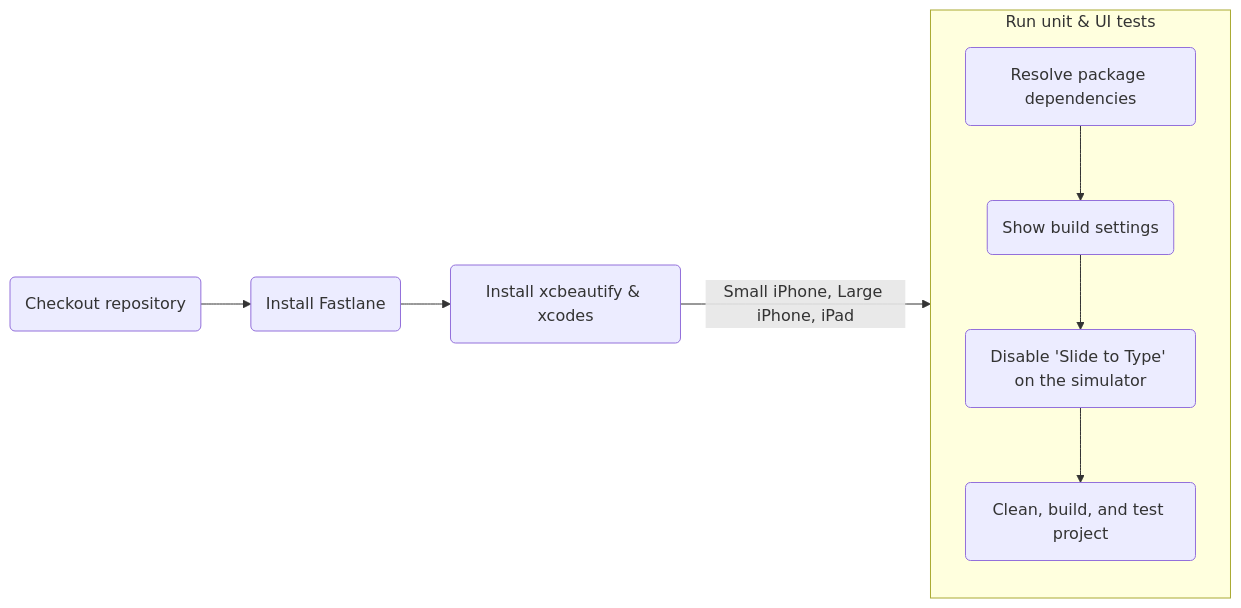
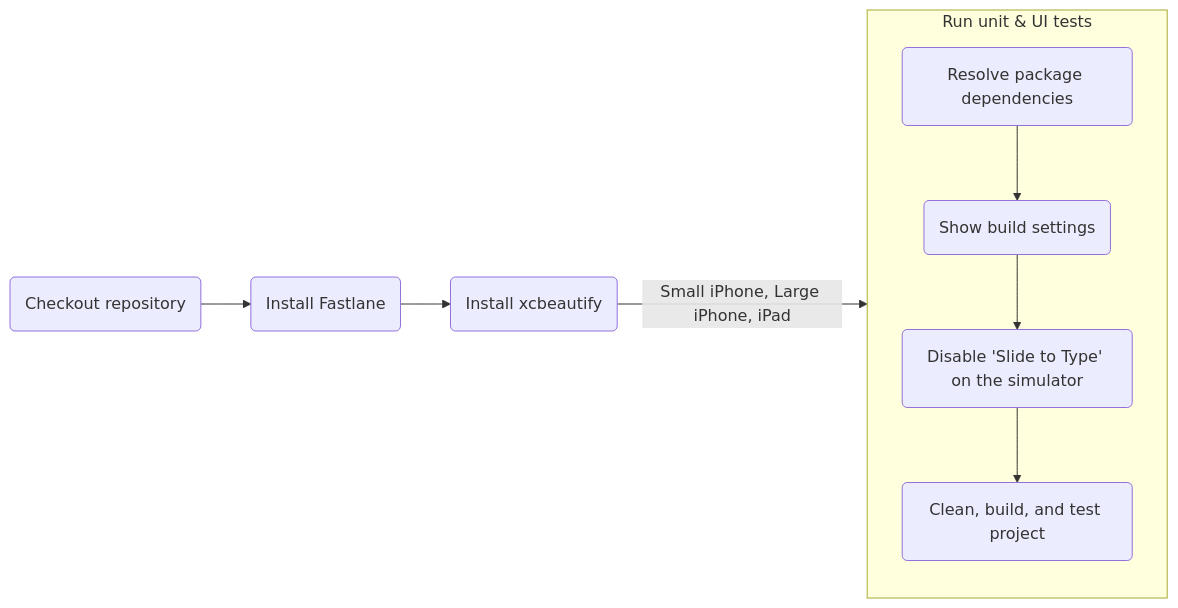
The first of 3 diagrams in README.md (Abhiek187/ez-recipes-ios), drawn with Mermaid before and after one commit. The commit also changed 1 other file, not shown here.

Commit message:
Remove brew install xcodes since it's part of homebrew core

````diff
--- a/README.md
+++ b/README.md
@@ -46,14 +46,14 @@
 ```mermaid
 flowchart LR
 
 A(Checkout repository) --> B(Install Fastlane)
-B --> C(Install xcbeautify & xcodes)
+B --> C(Install xcbeautify)
 C -->|"Small iPhone, Large iPhone, iPad"| D
 
 subgraph D [Run unit & UI tests]
 direction TB
 E(Resolve package dependencies) --> F(Show build settings)
 F --> G(Disable 'Slide to Type' on the simulator)
 G --> H(Clean, build, and test project)
 end
 ```
````
